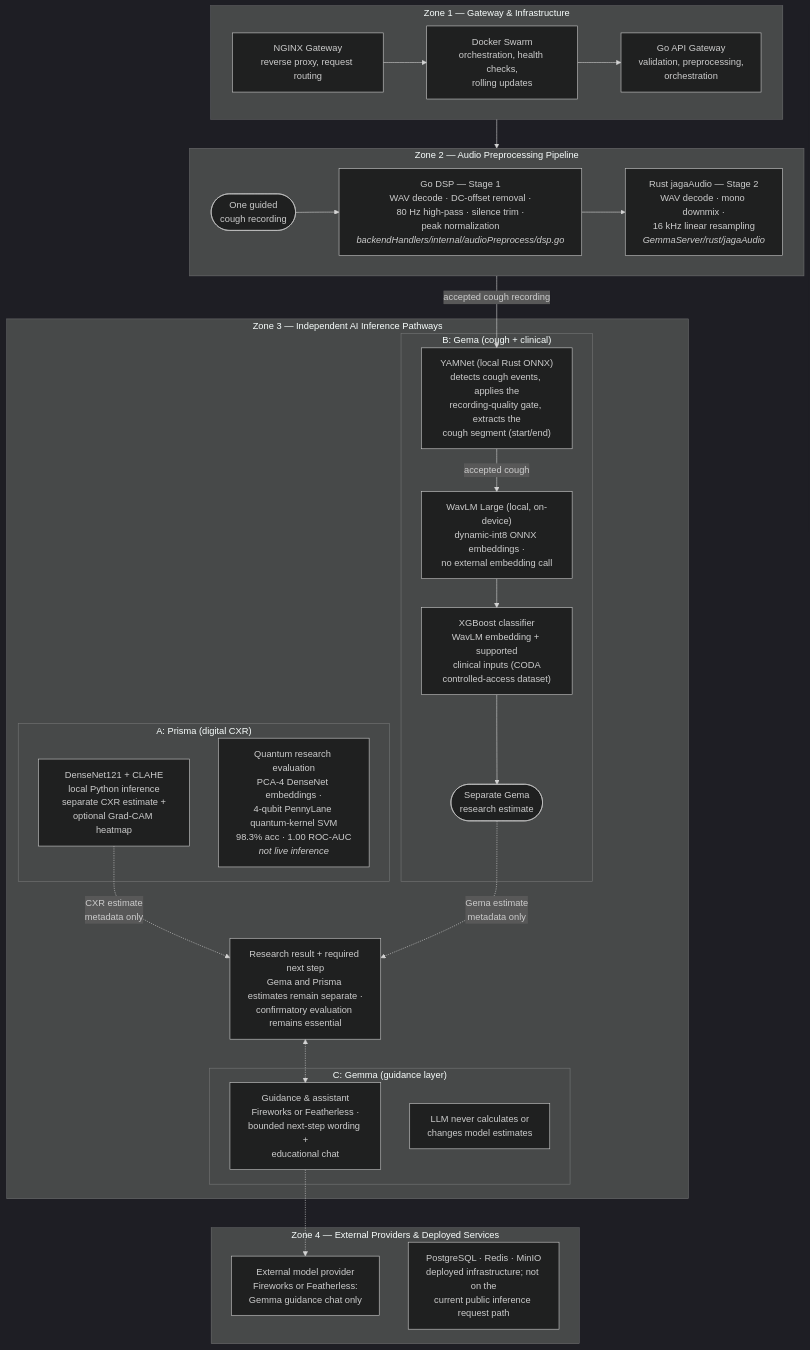
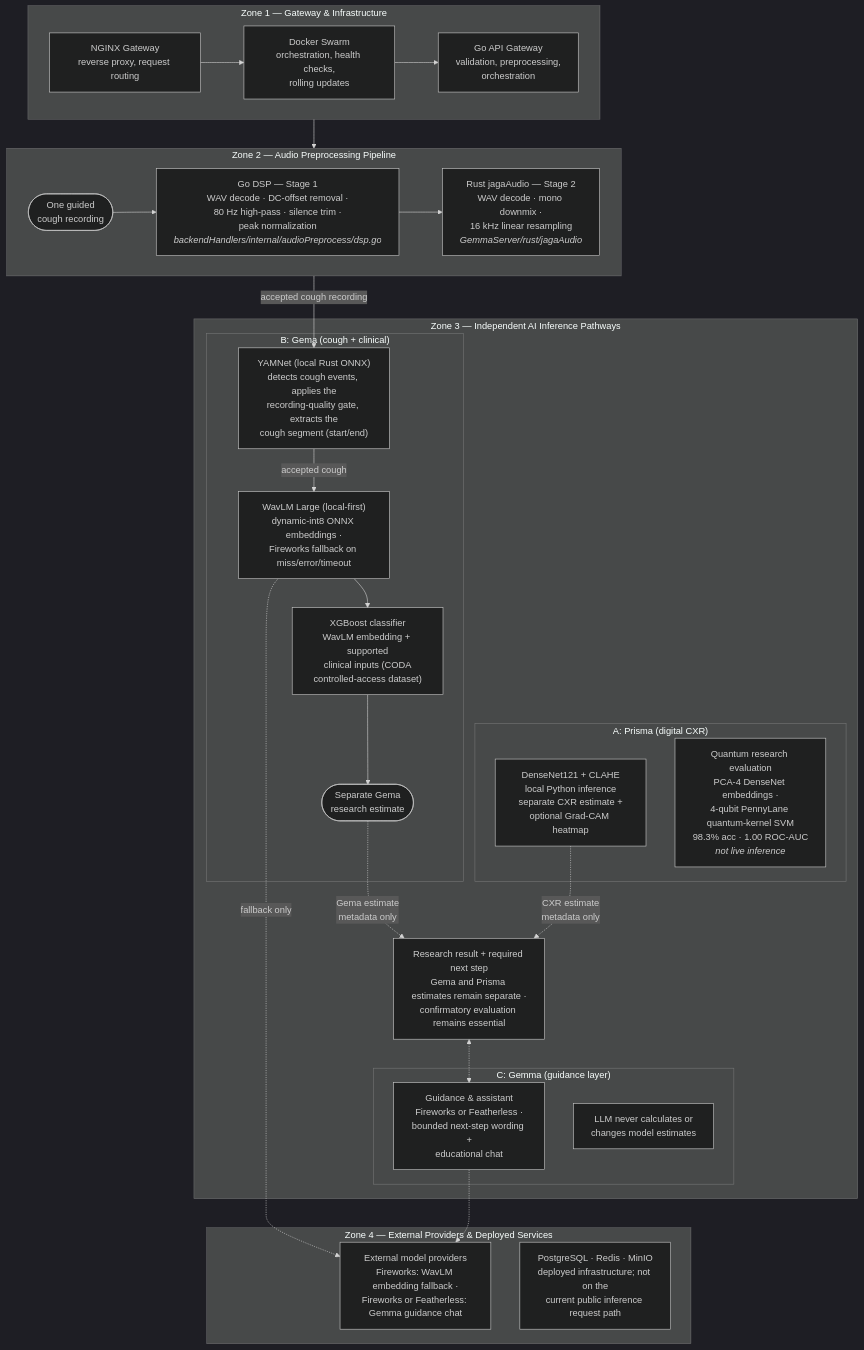
Before and after one commit to AMD-Hackathon-ISPM/jaga: the diagram in .agent/project-architecture.md, drawn with Mermaid (dark theme). The commit also changed other lines of this file and 8 other files, not shown here.

Commit message:
fireworks fallback rollback

````diff
--- a/.agent/project-architecture.md
+++ b/.agent/project-architecture.md
@@ -57,44 +57,45 @@
 ```mermaid
 flowchart TB
     subgraph Z1["Zone 1 — Gateway & Infrastructure"]
         direction LR
         NGINX["NGINX Gateway<br/>reverse proxy, request routing"] --> SWARM["Docker Swarm<br/>orchestration, health checks,<br/>rolling updates"] --> GO["Go API Gateway<br/>validation, preprocessing,<br/>orchestration"]
     end
 
     subgraph Z2["Zone 2 — Audio Preprocessing Pipeline"]
         direction LR
         REC(["One guided<br/>cough recording"]) --> DSP["Go DSP — Stage 1<br/>WAV decode · DC-offset removal ·<br/>80 Hz high-pass · silence trim ·<br/>peak normalization<br/><i>backendHandlers/internal/audioPreprocess/dsp.go</i>"]
         DSP --> RS["Rust jagaAudio — Stage 2<br/>WAV decode · mono downmix ·<br/>16 kHz linear resampling<br/><i>GemmaServer/rust/jagaAudio</i>"]
     end
 
     subgraph Z3["Zone 3 — Independent AI Inference Pathways"]
         subgraph PRISMA["A: Prisma (digital CXR)"]
             DN["DenseNet121 + CLAHE<br/>local Python inference<br/>separate CXR estimate +<br/>optional Grad-CAM heatmap"]
             QK["Quantum research evaluation<br/>PCA-4 DenseNet embeddings ·<br/>4-qubit PennyLane quantum-kernel SVM<br/>98.3% acc · 1.00 ROC-AUC<br/><i>not live inference</i>"]
         end
         subgraph GEMA["B: Gema (cough + clinical)"]
             YAM["YAMNet (local Rust ONNX)<br/>detects cough events, applies the<br/>recording-quality gate, extracts the<br/>cough segment (start/end)"]
-            WAV["WavLM Large (local, on-device)<br/>dynamic-int8 ONNX embeddings ·<br/>no external embedding call"]
+            WAV["WavLM Large (local-first)<br/>dynamic-int8 ONNX embeddings ·<br/>Fireworks fallback on miss/error/timeout"]
             XGB["XGBoost classifier<br/>WavLM embedding + supported<br/>clinical inputs (CODA<br/>controlled-access dataset)"]
             EST(["Separate Gema<br/>research estimate"])
             YAM -->|accepted cough| WAV --> XGB --> EST
         end
         subgraph GEMMA["C: Gemma (guidance layer)"]
             CHAT["Guidance & assistant<br/>Fireworks or Featherless ·<br/>bounded next-step wording +<br/>educational chat"]
             GUARD["LLM never calculates or<br/>changes model estimates"]
         end
         RESULT["Research result + required next step<br/>Gema and Prisma estimates remain separate ·<br/>confirmatory evaluation remains essential"]
         DN -.->|CXR estimate<br/>metadata only| RESULT
         EST -.->|Gema estimate<br/>metadata only| RESULT
         RESULT <-.-> CHAT
     end
 
     subgraph Z4["Zone 4 — External Providers & Deployed Services"]
-        EXT["External model provider<br/>Fireworks or Featherless:<br/>Gemma guidance chat only"]
+        EXT["External model providers<br/>Fireworks: WavLM embedding fallback ·<br/>Fireworks or Featherless: Gemma guidance chat"]
         DATA["PostgreSQL · Redis · MinIO<br/>deployed infrastructure; not on the<br/>current public inference request path"]
     end
 
     GO --> DSP
     RS -->|accepted cough recording| YAM
+    WAV -.->|fallback only| EXT
     CHAT -.-> EXT
 ```
````
